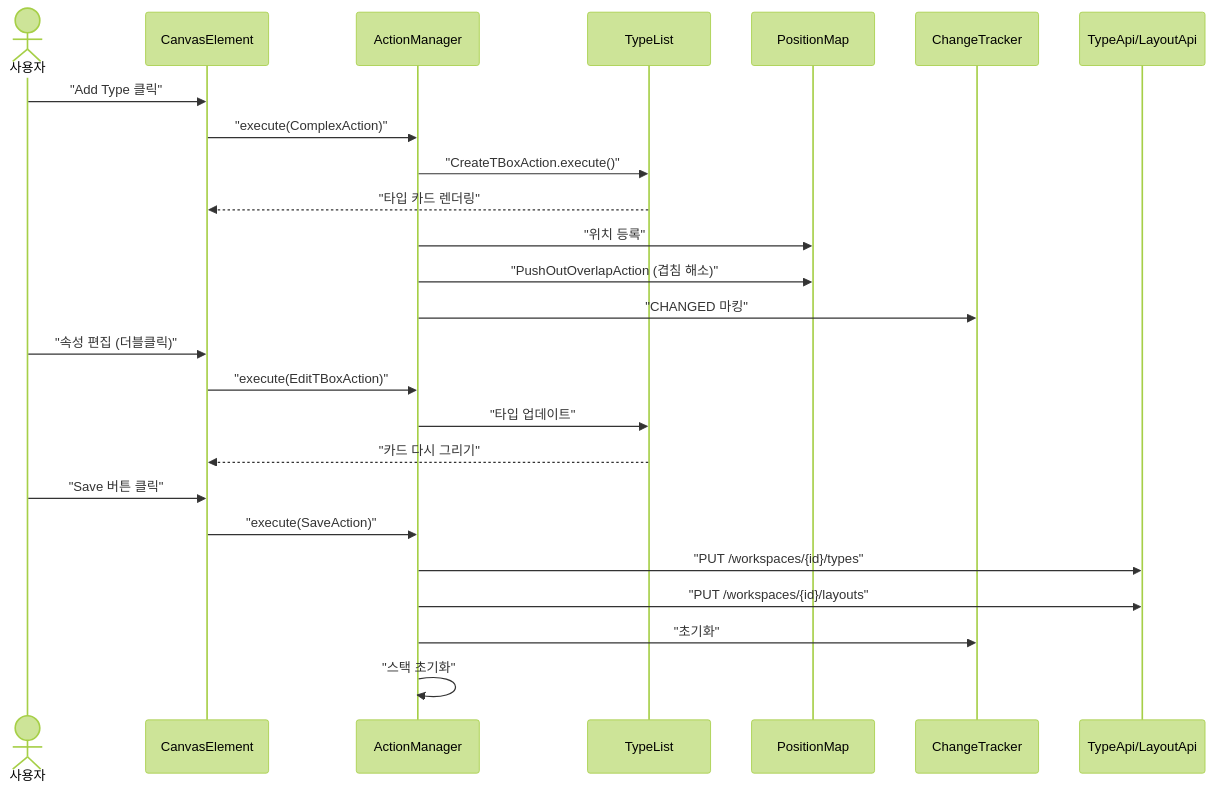
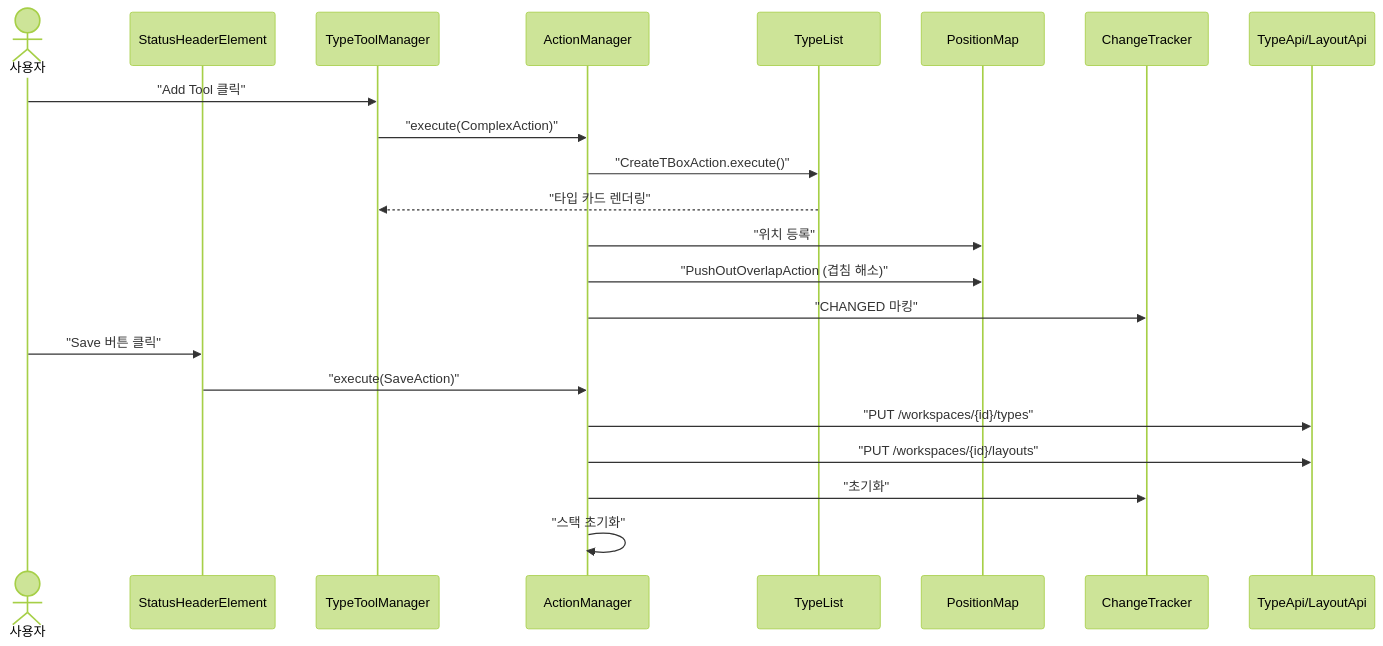
Before and after one commit to sayaya1090/handbook: the third of 15 diagrams in type-ui/USECASE.md, drawn with Mermaid (forest theme). The commit also changed other lines of this file and 1 other file, not shown here.

Commit message:
docs: Photoshop 스타일 레이아웃 및 UX 개선 사항에 대한 최종 문서 최신화
- type-ui: TypeToolManager 중심의 도구 실행 시퀀스 다이어그램 업데이트
- type-ui: StatusHeaderElement 및 ControllerElement 의 역할 분리 최종 명세
- shell-ui: 워크스페이스 드롭다운 자동 선택 동기화 로직(UC-S7) 및 테스트 결과 반영
- shell-ui: 툴팁 제어 및 Peeking UX 정책 세부 기술

````diff
--- a/type-ui/USECASE.md
+++ b/type-ui/USECASE.md
@@ -52,30 +54,26 @@
 ```mermaid
 sequenceDiagram
     actor User as 사용자
-    participant Canvas as CanvasElement
+    participant Header as StatusHeaderElement
+    participant TM as TypeToolManager
     participant AM as ActionManager
     participant TL as TypeList
     participant PM as PositionMap
     participant CT as ChangeTracker
     participant API as TypeApi/LayoutApi
 
-    User->>Canvas: "Add Type 클릭"
-    Canvas->>AM: "execute(ComplexAction)"
+    User->>TM: "Add Tool 클릭"
+    TM->>AM: "execute(ComplexAction)"
     AM->>TL: "CreateTBoxAction.execute()"
-    TL-->>Canvas: "타입 카드 렌더링"
+    TL-->>TM: "타입 카드 렌더링"
     AM->>PM: "위치 등록"
     AM->>PM: "PushOutOverlapAction (겹침 해소)"
     AM->>CT: "CHANGED 마킹"
 
-    User->>Canvas: "속성 편집 (더블클릭)"
-    Canvas->>AM: "execute(EditTBoxAction)"
-    AM->>TL: "타입 업데이트"
-    TL-->>Canvas: "카드 다시 그리기"
-
-    User->>Canvas: "Save 버튼 클릭"
-    Canvas->>AM: "execute(SaveAction)"
+    User->>Header: "Save 버튼 클릭"
+    Header->>AM: "execute(SaveAction)"
     AM->>API: "PUT /workspaces/{id}/types"
     AM->>API: "PUT /workspaces/{id}/layouts"
     AM->>CT: "초기화"
     AM->>AM: "스택 초기화"
 ```
````
